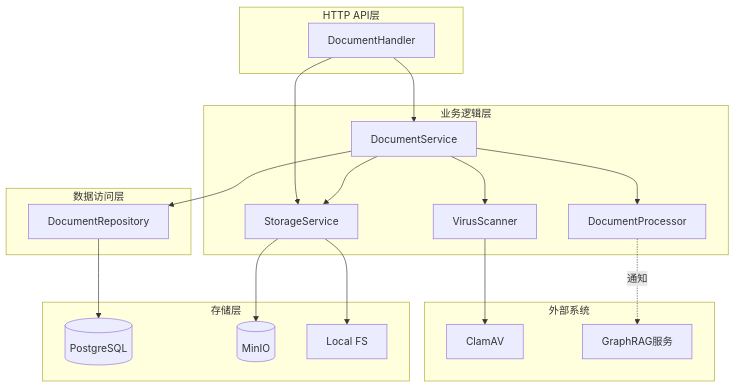
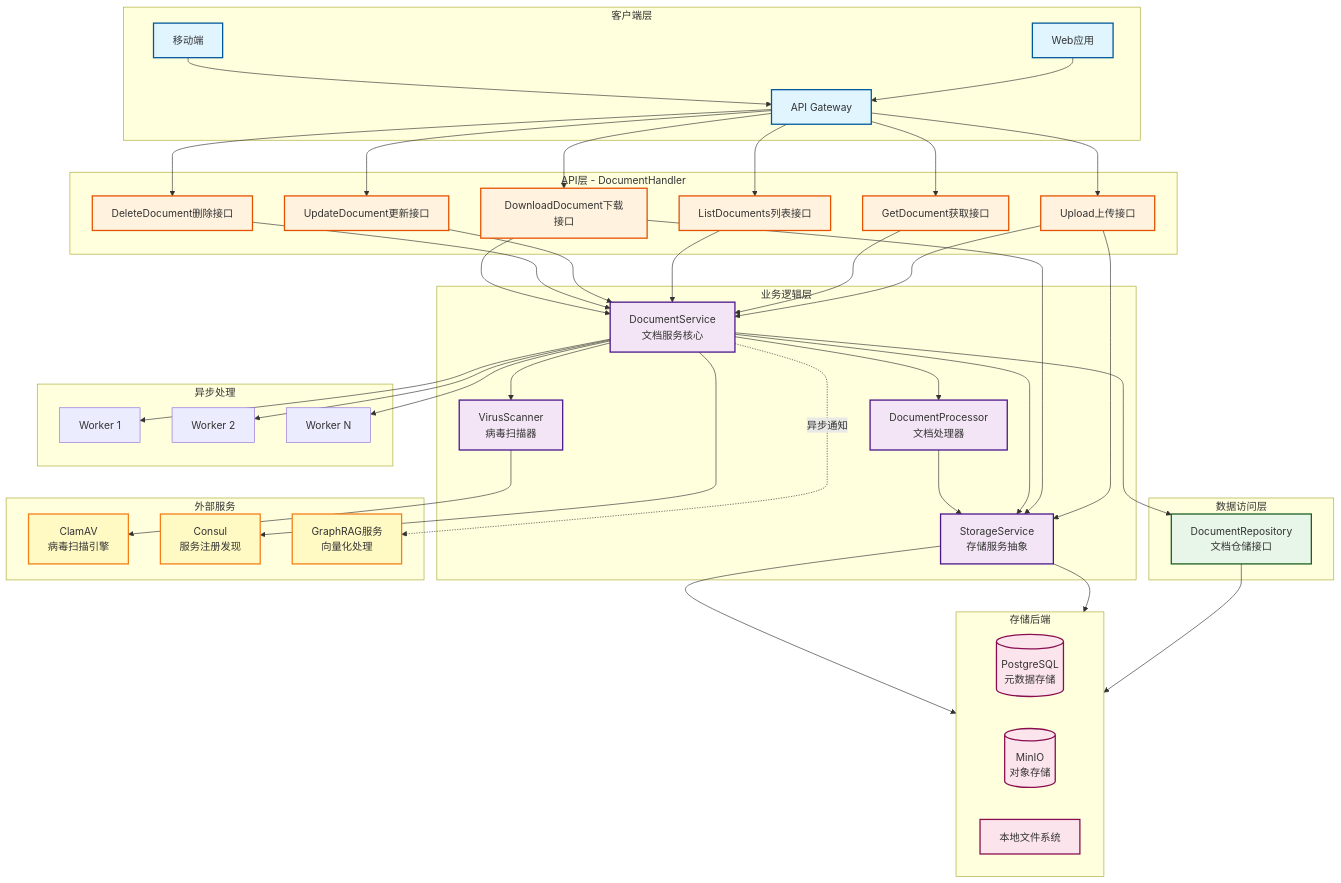
The first of 14 diagrams in content/posts/VoiceHelper-03-Document文档服务.md (haoyunlt/myblog), drawn with Mermaid before and after one commit. The commit also changed other lines of this file and 13 other files, not shown here.

````diff
--- a/content/posts/VoiceHelper-03-Document文档服务.md
+++ b/content/posts/VoiceHelper-03-Document文档服务.md
@@ -45,45 +46,105 @@
 ```mermaid
 flowchart TB
-    subgraph API["HTTP API层"]
-        Handler[DocumentHandler]
+    subgraph Client["客户端层"]
+        WebApp[Web应用]
+        Mobile[移动端]
+        Gateway[API Gateway]
     end
     
-    subgraph Service["业务逻辑层"]
-        DocSvc[DocumentService]
-        StorageSvc[StorageService]
-        ProcSvc[DocumentProcessor]
-        VirusSvc[VirusScanner]
+    subgraph APILayer["API层 - DocumentHandler"]
+        Upload[Upload上传接口]
+        Get[GetDocument获取接口]
+        List[ListDocuments列表接口]
+        Update[UpdateDocument更新接口]
+        Delete[DeleteDocument删除接口]
+        Download[DownloadDocument下载接口]
     end
     
-    subgraph Repo["数据访问层"]
-        DocRepo[DocumentRepository]
+    subgraph ServiceLayer["业务逻辑层"]
+        DocService[DocumentService<br/>文档服务核心]
+        StorageService[StorageService<br/>存储服务抽象]
+        Processor[DocumentProcessor<br/>文档处理器]
+        Scanner[VirusScanner<br/>病毒扫描器]
     end
     
-    subgraph Storage["存储层"]
-        PG[(PostgreSQL)]
-        MinIO[(MinIO)]
-        Local[Local FS]
+    subgraph DataLayer["数据访问层"]
+        DocRepo[DocumentRepository<br/>文档仓储接口]
     end
     
-    subgraph External["外部系统"]
-        ClamAV[ClamAV]
-        GraphRAG[GraphRAG服务]
+    subgraph StorageBackend["存储后端"]
+        direction LR
+        PG[(PostgreSQL<br/>元数据存储)]
+        MinIO[(MinIO<br/>对象存储)]
+        LocalFS[本地文件系统]
     end
     
-    Handler --> DocSvc
-    Handler --> StorageSvc
+    subgraph ExternalServices["外部服务"]
+        ClamAV[ClamAV<br/>病毒扫描引擎]
+        Consul[Consul<br/>服务注册发现]
+        GraphRAG[GraphRAG服务<br/>向量化处理]
+    end
     
-    DocSvc --> DocRepo
-    DocSvc --> StorageSvc
-    DocSvc --> ProcSvc
-    DocSvc --> VirusSvc
+    subgraph WorkerPool["异步处理"]
+        Worker1[Worker 1]
+        Worker2[Worker 2]
+        WorkerN[Worker N]
+    end
     
+    %% 客户端到API层
+    WebApp --> Gateway
+    Mobile --> Gateway
+    Gateway --> Upload
+    Gateway --> Get
+    Gateway --> List
+    Gateway --> Update
+    Gateway --> Delete
+    Gateway --> Download
+    
+    %% API层到Service层
+    Upload --> DocService
+    Upload --> StorageService
+    Get --> DocService
+    List --> DocService
+    Update --> DocService
+    Delete --> DocService
+    Download --> DocService
+    Download --> StorageService
+    
+    %% Service层内部依赖
+    DocService --> DocRepo
+    DocService --> StorageService
+    DocService --> Processor
+    DocService --> Scanner
+    DocService --> Worker1
+    DocService --> Worker2
+    DocService --> WorkerN
+    
+    Processor --> StorageService
+    
+    %% 数据访问层到存储
     DocRepo --> PG
     
-    StorageSvc --> MinIO
-    StorageSvc --> Local
+    %% 存储服务到存储后端
+    StorageService --> MinIO
+    StorageService --> LocalFS
     
-    VirusSvc --> ClamAV
+    %% 外部服务依赖
+    Scanner --> ClamAV
+    DocService -.异步通知.-> GraphRAG
+    DocService --> Consul
     
-    ProcSvc -.通知.-> GraphRAG
+    %% 样式定义
+    classDef clientStyle fill:#e1f5ff,stroke:#01579b,stroke-width:2px
+    classDef apiStyle fill:#fff3e0,stroke:#e65100,stroke-width:2px
+    classDef serviceStyle fill:#f3e5f5,stroke:#4a148c,stroke-width:2px
+    classDef dataStyle fill:#e8f5e9,stroke:#1b5e20,stroke-width:2px
+    classDef storageStyle fill:#fce4ec,stroke:#880e4f,stroke-width:2px
+    classDef externalStyle fill:#fff9c4,stroke:#f57f17,stroke-width:2px
+    
+    class WebApp,Mobile,Gateway clientStyle
+    class Upload,Get,List,Update,Delete,Download apiStyle
+    class DocService,StorageService,Processor,Scanner serviceStyle
+    class DocRepo dataStyle
+    class PG,MinIO,LocalFS storageStyle
+    class ClamAV,Consul,GraphRAG externalStyle
 ```
````
